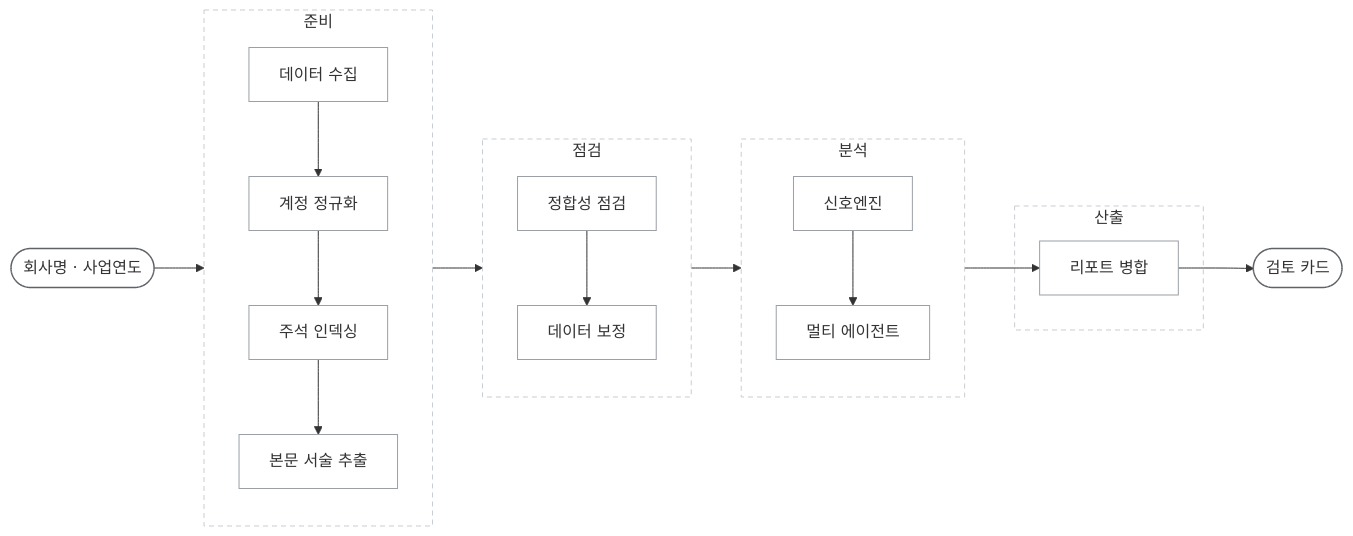
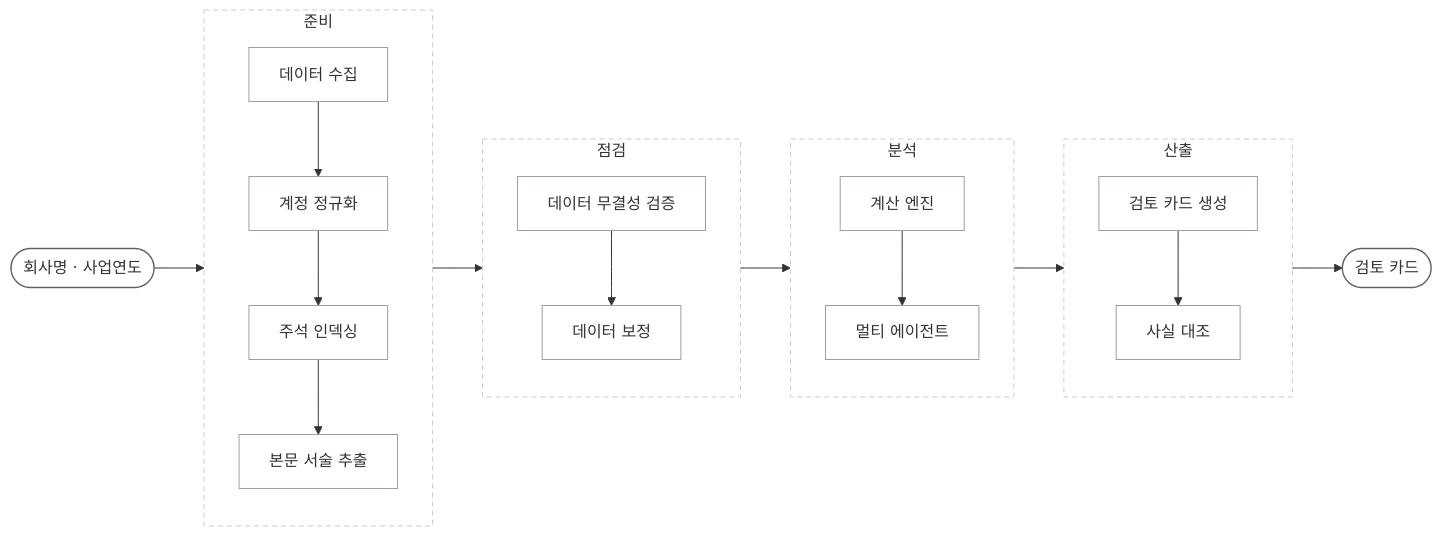
Before and after one commit to ghdtjrgns321-creator/fs-multi-analyzer: the diagram in README.md, drawn with Mermaid. The commit also changed other lines of this file and 14 other files, not shown here.

````diff
--- a/README.md
+++ b/README.md
@@ -61,37 +61,38 @@
 ```mermaid
 flowchart LR
     IN(["회사명 · 사업연도"]) --> A
 
     subgraph PREP["준비"]
         direction TB
         A["데이터 수집"] --> B["계정 정규화"] --> C["주석 인덱싱"] --> D["본문 서술 추출"]
     end
 
     subgraph GATE["점검"]
         direction TB
-        E["정합성 점검"] --> F["데이터 보정"]
+        E["데이터 무결성 검증"] --> F["데이터 보정"]
     end
 
     subgraph ANALYSIS["분석"]
         direction TB
-        G["신호엔진"] --> H["멀티 에이전트"]
+        G["계산 엔진"] --> H["멀티 에이전트"]
     end
 
     subgraph OUTPUT["산출"]
-        I["리포트 병합"]
+        direction TB
+        I["검토 카드 생성"] --> J["사실 대조"]
     end
 
     D --> E
     F --> G
     H --> I
-    I --> CARD(["검토 카드"])
+    J --> CARD(["검토 카드"])
 
     classDef step fill:none,stroke:#9aa0a6,stroke-width:1px
     classDef port fill:none,stroke:#5f6368,stroke-width:1.5px
-    class A,B,C,D,E,F,G,H,I step
+    class A,B,C,D,E,F,G,H,I,J step
     class IN,CARD port
     style PREP fill:none,stroke:#c8cdd2,stroke-dasharray:5 4
     style GATE fill:none,stroke:#c8cdd2,stroke-dasharray:5 4
     style ANALYSIS fill:none,stroke:#c8cdd2,stroke-dasharray:5 4
     style OUTPUT fill:none,stroke:#c8cdd2,stroke-dasharray:5 4
 ```
````
